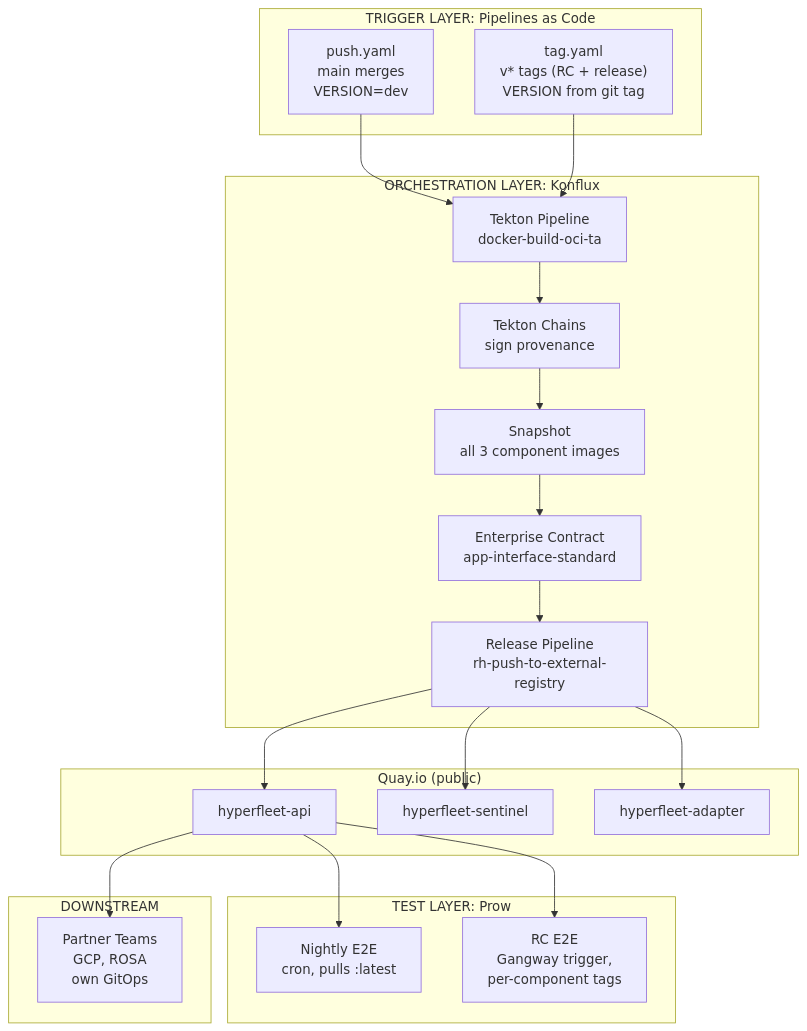
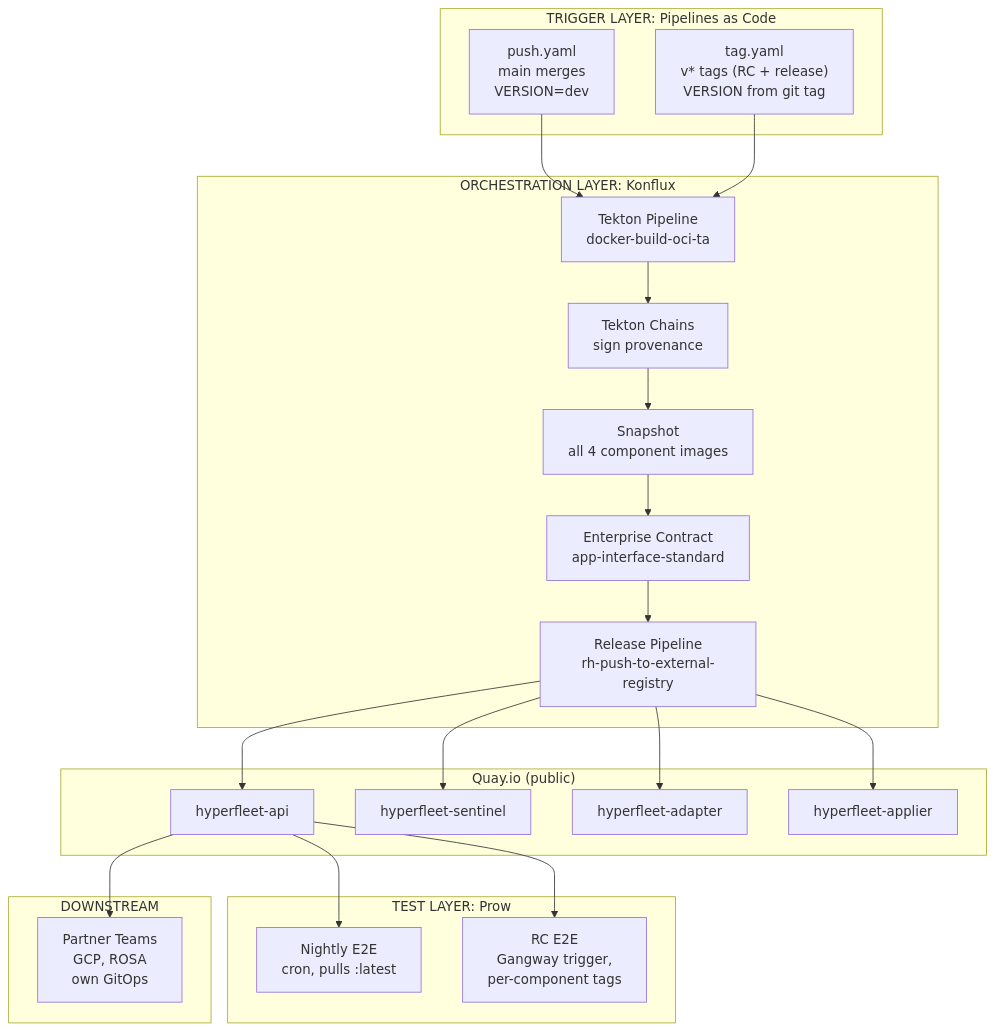
One commit to openshift-hyperfleet/architecture changed the first of 4 diagrams in hyperfleet/docs/release/konflux-release-pipeline-design.md. Above: the diagram before and after it, drawn with Mermaid. The commit also changed other lines of this file and 1 other file, not shown here.

First line of the commit message:
HYPERFLEET-1435 - docs: add HyperFleet Applier as a fourth component

````diff
--- a/hyperfleet/docs/release/konflux-release-pipeline-design.md
+++ b/hyperfleet/docs/release/konflux-release-pipeline-design.md
@@ -65,36 +65,37 @@
 ```mermaid
 flowchart TB
     subgraph trigger["TRIGGER LAYER: Pipelines as Code"]
         push["push.yaml<br/>main merges<br/>VERSION=dev"]
         tag["tag.yaml<br/>v* tags (RC + release)<br/>VERSION from git tag"]
     end
 
     subgraph konflux["ORCHESTRATION LAYER: Konflux"]
         build["Tekton Pipeline<br/>docker-build-oci-ta"]
         chains["Tekton Chains<br/>sign provenance"]
-        snapshot["Snapshot<br/>all 3 component images"]
+        snapshot["Snapshot<br/>all 4 component images"]
         ec["Enterprise Contract<br/>app-interface-standard"]
         release["Release Pipeline<br/>rh-push-to-external-registry"]
     end
 
     subgraph quay["Quay.io (public)"]
         api_img["hyperfleet-api"]
         sentinel_img["hyperfleet-sentinel"]
         adapter_img["hyperfleet-adapter"]
+        applier_img["hyperfleet-applier"]
     end
 
     subgraph prow["TEST LAYER: Prow"]
         nightly["Nightly E2E<br/>cron, pulls :latest"]
         rc_e2e["RC E2E<br/>Gangway trigger,<br/>per-component tags"]
     end
 
     subgraph downstream["DOWNSTREAM"]
         partners["Partner Teams<br/>GCP, ROSA<br/>own GitOps"]
     end
 
     push --> build
     tag --> build
     build --> chains --> snapshot --> ec --> release
-    release --> api_img & sentinel_img & adapter_img
+    release --> api_img & sentinel_img & adapter_img & applier_img
     api_img --> nightly & rc_e2e & partners
 ```
````
